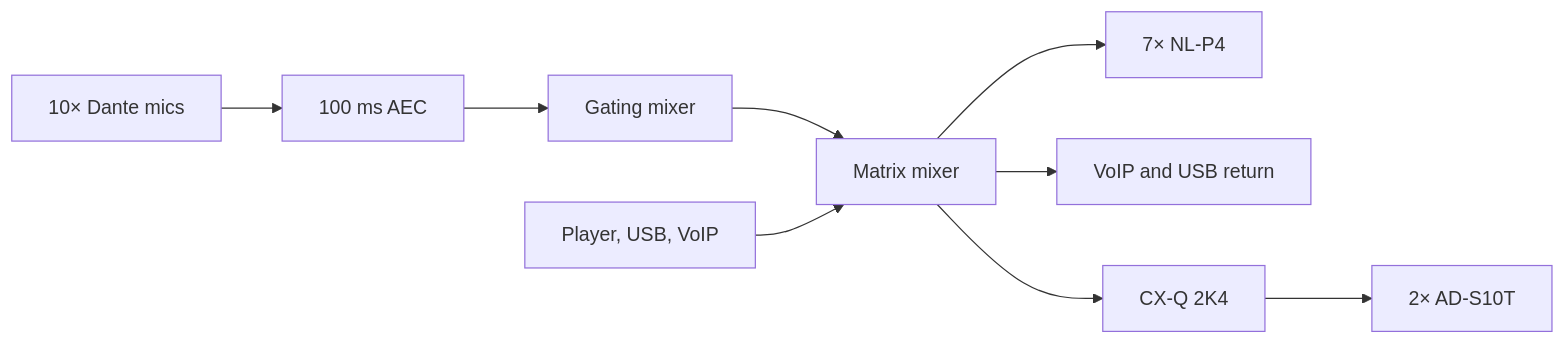
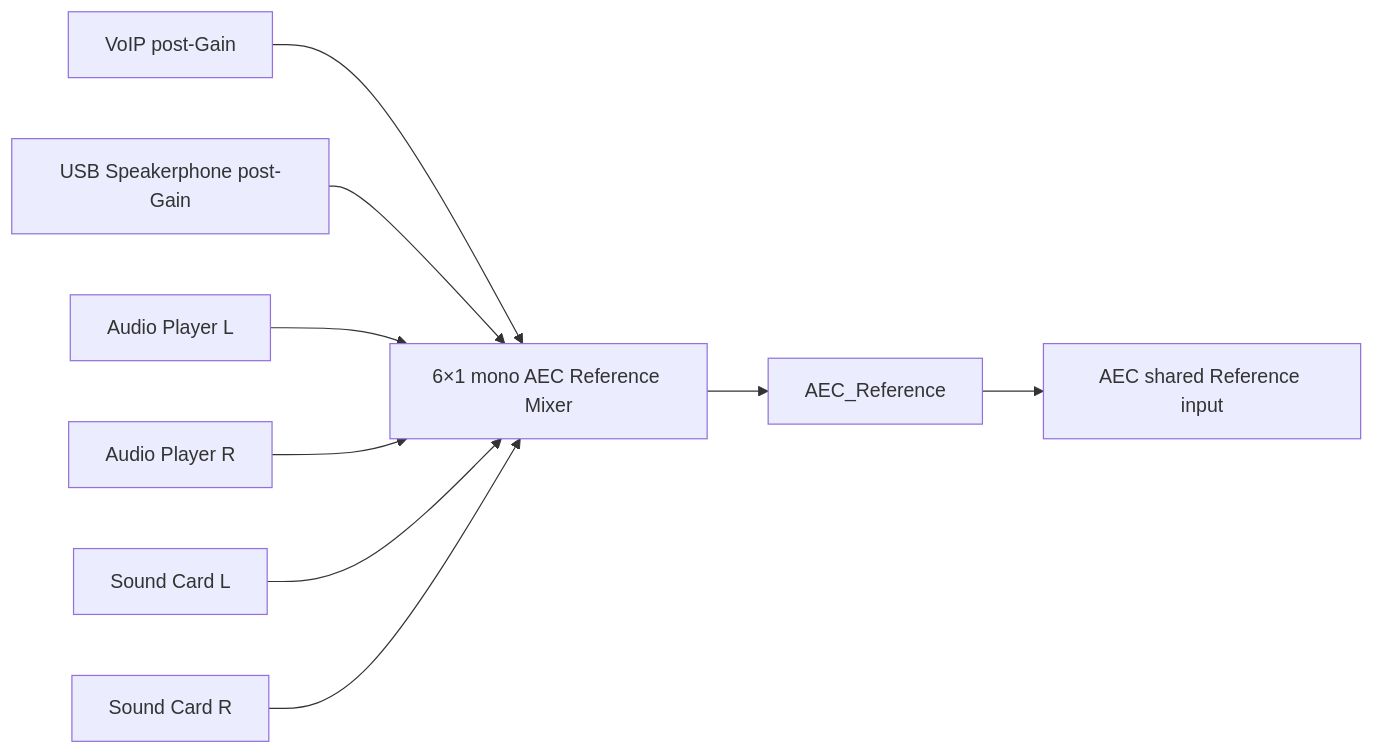
Before and after one commit to eqan/Q-Sys-Conference-Room-Project: the second of 3 diagrams in README.md, drawn with Mermaid. The commit also changed other lines of this file and 3 other files, not shown here.

````diff
--- a/README.md
+++ b/README.md
@@ -26,13 +57,12 @@
 ```mermaid
 flowchart LR
-  Mics[10× Dante mics] --> AEC[100 ms AEC]
-  AEC --> Mix[Gating mixer]
-  Mix --> MX[Matrix mixer]
+    VPROC[VoIP post-Gain] --> REF[6×1 mono AEC Reference Mixer]
+    SPKPROC[USB Speakerphone post-Gain] --> REF
+    PLAYL[Audio Player L] --> REF
+    PLAYR[Audio Player R] --> REF
+    CARDL[Sound Card L] --> REF
+    CARDR[Sound Card R] --> REF
 
-  Program[Player, USB, VoIP] --> MX
-
-  MX --> Ceiling[7× NL-P4]
-  MX --> Return[VoIP and USB return]
-  MX --> Amp[CX-Q 2K4]
-  Amp --> Spk[2× AD-S10T]
+    REF --> TAG[AEC_Reference]
+    TAG --> AECREF[AEC shared Reference input]
 ```
````
